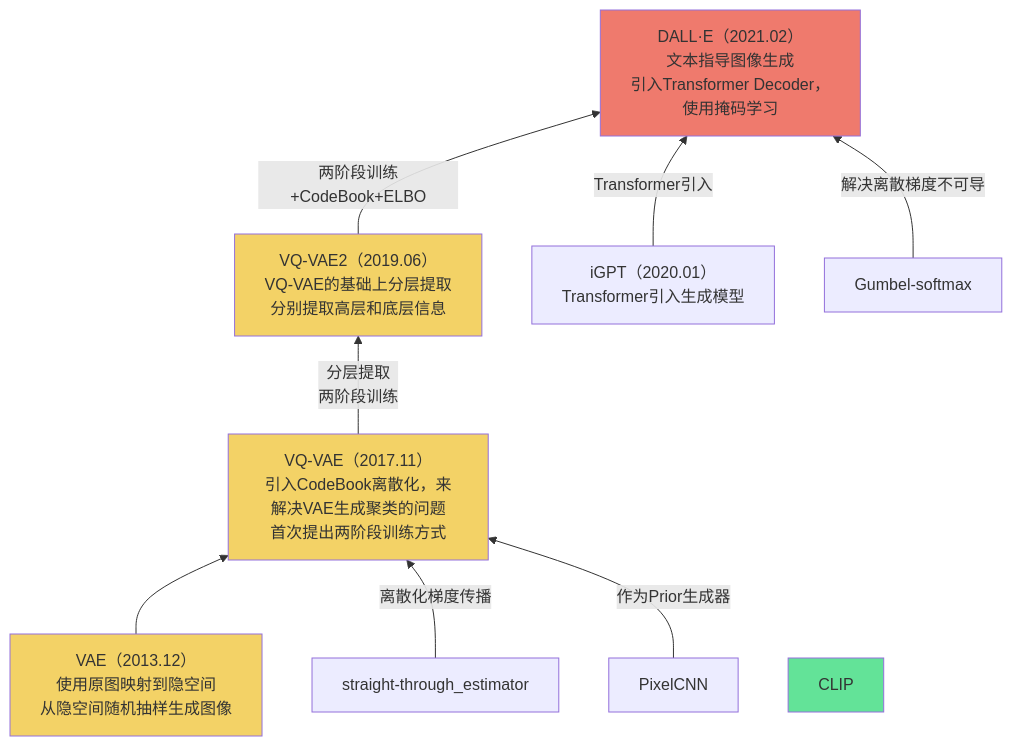
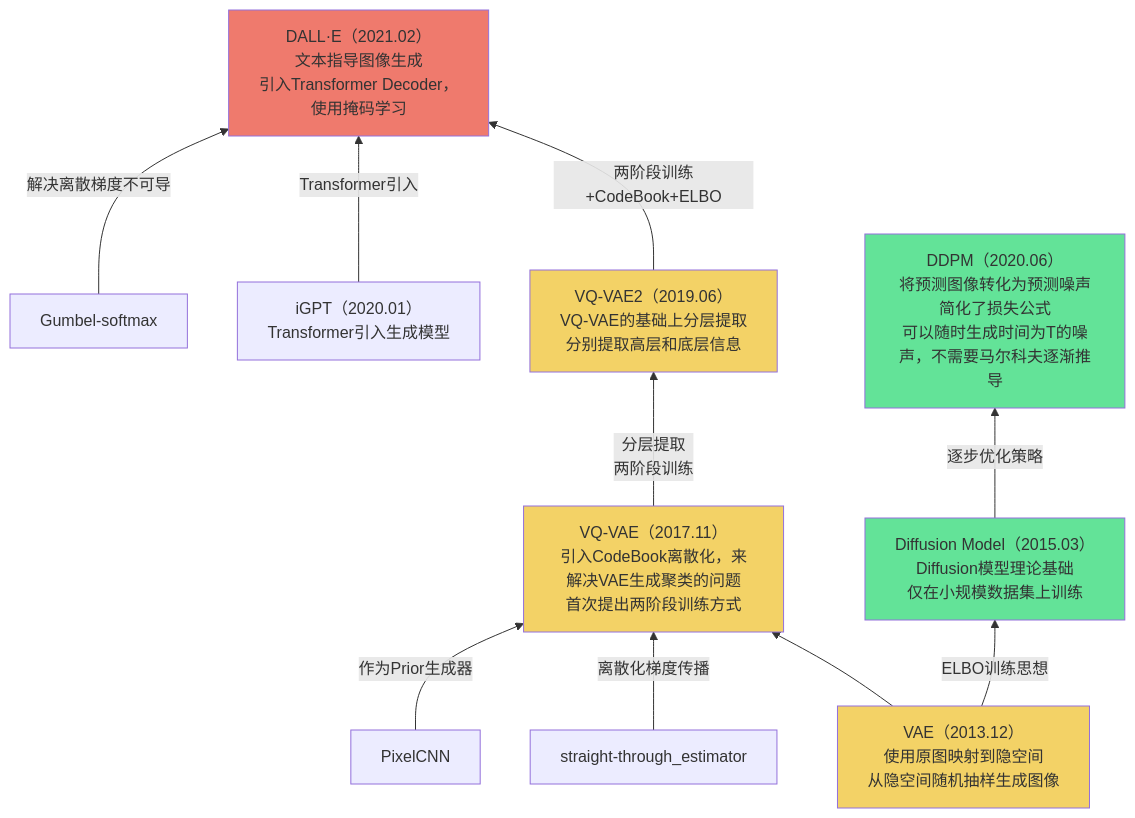
The third of 4 diagrams in Base_Model/GAN+VAE+Diffusion/analyse.md (Elephant-King9/Paper), drawn with Mermaid before and after one commit. The commit also changed other lines of this file and 18 other files, not shown here.

````diff
--- a/Base_Model/GAN+VAE+Diffusion/analyse.md
+++ b/Base_Model/GAN+VAE+Diffusion/analyse.md
@@ -54,22 +59,30 @@
 ```mermaid
 flowchart BT
 VAE-->VQ-VAE
 straight-through_estimator-->|离散化梯度传播|VQ-VAE
 PixelCNN-->|作为Prior生成器|VQ-VAE
+VAE-->|ELBO训练思想|Diffusion_Model
 VQ-VAE-->|分层提取<br>两阶段训练|VQ-VAE2
 VQ-VAE2-->|两阶段训练+CodeBook+ELBO|DALL-E
 I-GPT-->|Transformer引入|DALL-E
 Gumbel-softmax-->|解决离散梯度不可导|DALL-E
+Diffusion_Model-->|逐步优化策略|DDPM
+
+
+
+
 VAE[VAE（2013.12）<br>使用原图映射到隐空间<br>从隐空间随机抽样生成图像]
 	style VAE fill:#F3D266
 VQ-VAE[VQ-VAE（2017.11）<br>引入CodeBook离散化，来解决VAE生成聚类的问题<br>首次提出两阶段训练方式]
 	style VQ-VAE fill:#F3D266
 VQ-VAE2[VQ-VAE2（2019.06）<br>VQ-VAE的基础上分层提取<br>分别提取高层和底层信息]
 	style VQ-VAE2 fill:#F3D266
 DALL-E[DALL·E（2021.02）<br>文本指导图像生成<br>引入Transformer Decoder，使用掩码学习]
 	style DALL-E fill:#EF7A6D
 I-GPT[iGPT（2020.01）<br>Transformer引入生成模型]
 Gumbel-softmax[Gumbel-softmax]
-
-style CLIP fill:#63E398
+Diffusion_Model[Diffusion Model（2015.03）<br>Diffusion模型理论基础<br>仅在小规模数据集上训练]
+	style Diffusion_Model fill:#63E398
+DDPM[DDPM（2020.06）<br>将预测图像转化为预测噪声<br>简化了损失公式<br>可以随时生成时间为T的噪声，不需要马尔科夫逐渐推导]
+	style DDPM fill:#63E398
 ```
````
